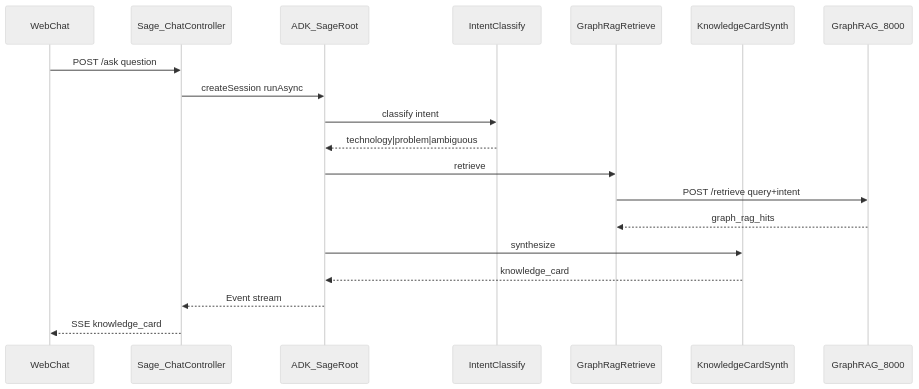
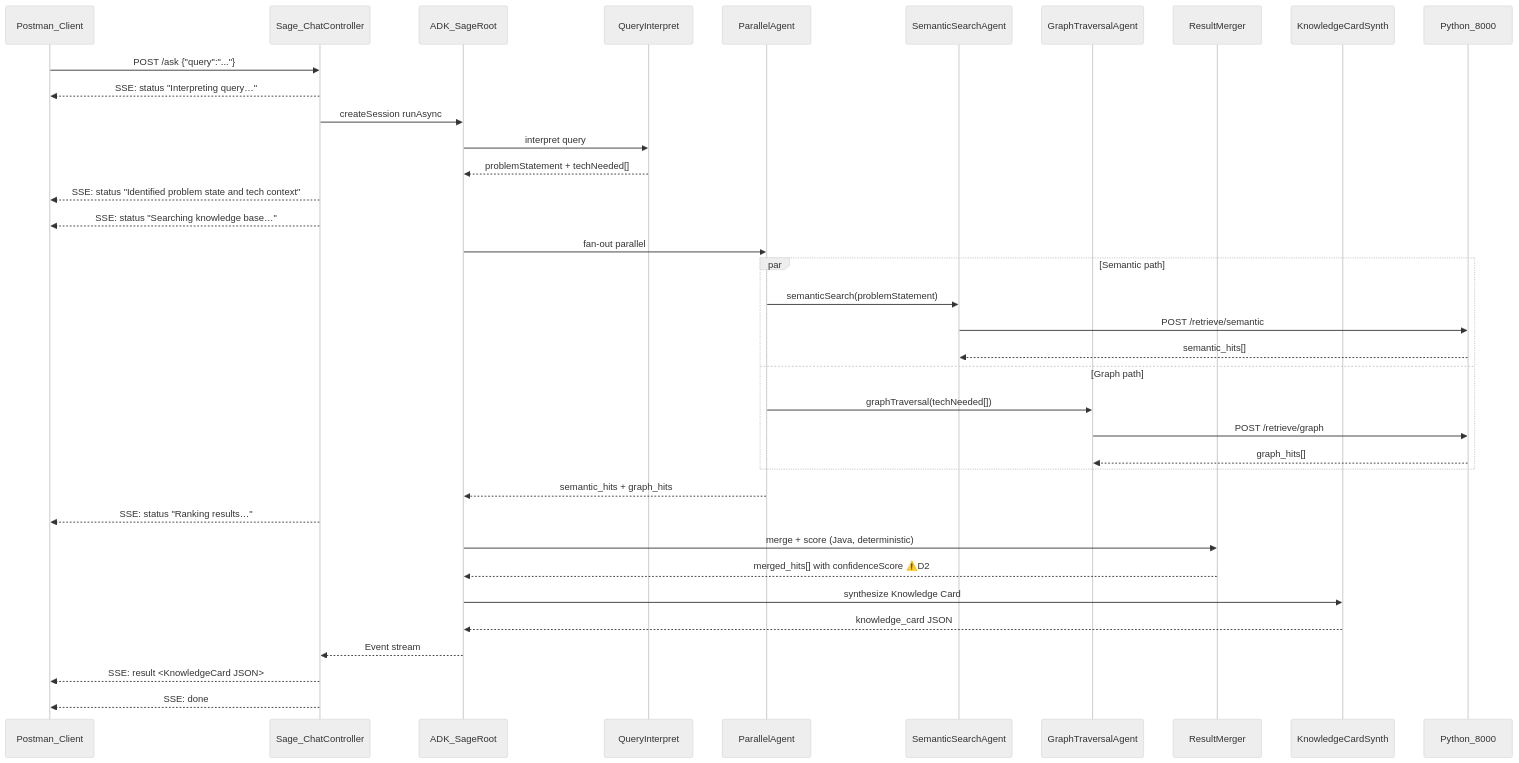
One commit to ShivendraGupta13/sage-ai changed the second of 3 diagrams in docs/architecture.md. Above: the diagram before and after it, drawn with Mermaid (neutral theme). The commit also changed other lines of this file and 3 other files, not shown here.

Commit message:
Update feature document to v1.1, enhancing query interpretation, database population, and confidence scoring. Revise architecture and ADK documentation to reflect changes in the ask-time pipeline and retrieval processes. Add decision points for implementation clarity.

````diff
--- a/docs/architecture.md
+++ b/docs/architecture.md
@@ -264,22 +320,40 @@
 ```mermaid
 sequenceDiagram
-  participant UI as WebChat
+  participant PM as Postman_Client
   participant API as Sage_ChatController
   participant ADK as ADK_SageRoot
-  participant Intent as IntentClassify
-  participant RAG as GraphRagRetrieve
+  participant QI as QueryInterpret
+  participant PA as ParallelAgent
+  participant SS as SemanticSearchAgent
+  participant GT as GraphTraversalAgent
+  participant RM as ResultMerger
   participant Synth as KnowledgeCardSynth
-  participant GraphAPI as GraphRAG_8000
+  participant PY as Python_8000
 
-  UI->>API: POST /ask question
+  PM->>API: POST /ask {"query":"..."}
+  API-->>PM: SSE: status "Interpreting query…"
   API->>ADK: createSession runAsync
-  ADK->>Intent: classify intent
-  Intent-->>ADK: technology|problem|ambiguous
-  ADK->>RAG: retrieve
-  RAG->>GraphAPI: POST /retrieve query+intent
-  GraphAPI-->>RAG: graph_rag_hits
-  ADK->>Synth: synthesize
-  Synth-->>ADK: knowledge_card
+  ADK->>QI: interpret query
+  QI-->>ADK: problemStatement + techNeeded[]
+  API-->>PM: SSE: status "Identified problem state and tech context"
+  API-->>PM: SSE: status "Searching knowledge base…"
+  ADK->>PA: fan-out parallel
+  par Semantic path
+    PA->>SS: semanticSearch(problemStatement)
+    SS->>PY: POST /retrieve/semantic
+    PY-->>SS: semantic_hits[]
+  and Graph path
+    PA->>GT: graphTraversal(techNeeded[])
+    GT->>PY: POST /retrieve/graph
+    PY-->>GT: graph_hits[]
+  end
+  PA-->>ADK: semantic_hits + graph_hits
+  API-->>PM: SSE: status "Ranking results…"
+  ADK->>RM: merge + score (Java, deterministic)
+  RM-->>ADK: merged_hits[] with confidenceScore ⚠️D2
+  ADK->>Synth: synthesize Knowledge Card
+  Synth-->>ADK: knowledge_card JSON
   ADK-->>API: Event stream
-  API-->>UI: SSE knowledge_card
+  API-->>PM: SSE: result <KnowledgeCard JSON>
+  API-->>PM: SSE: done
 ```
````
